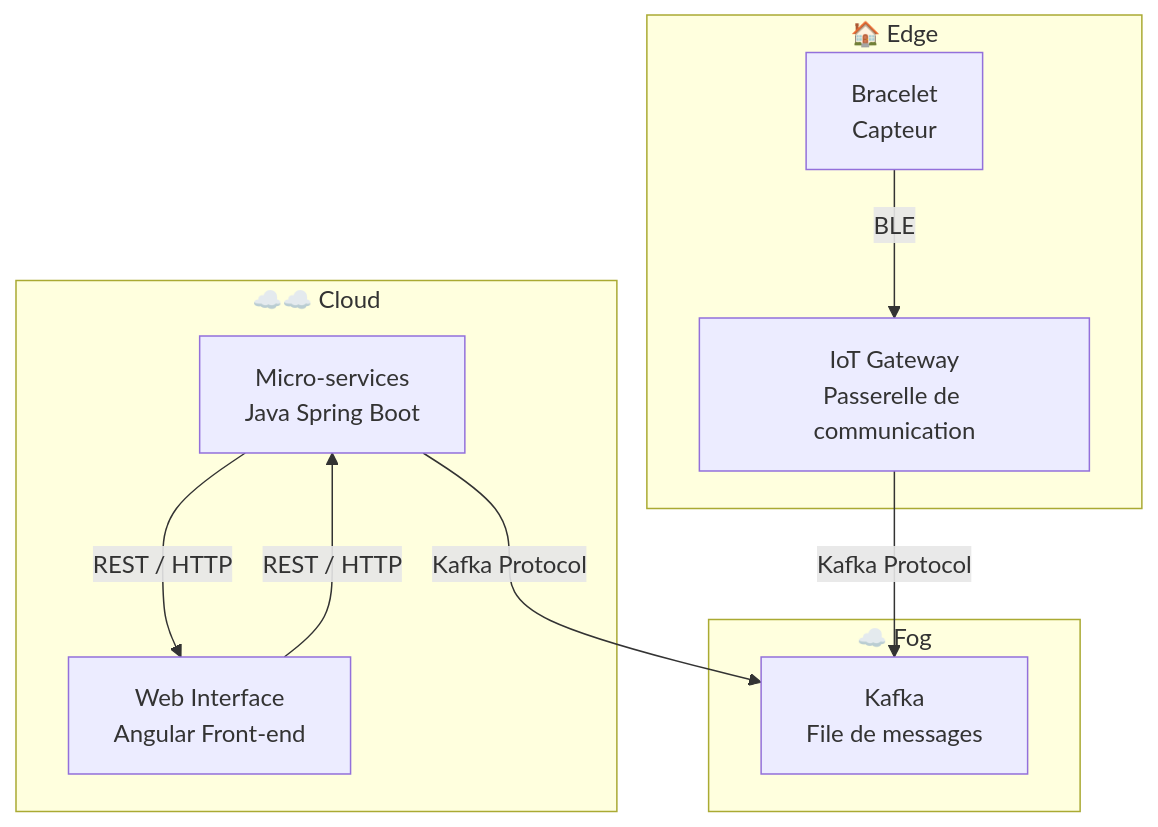
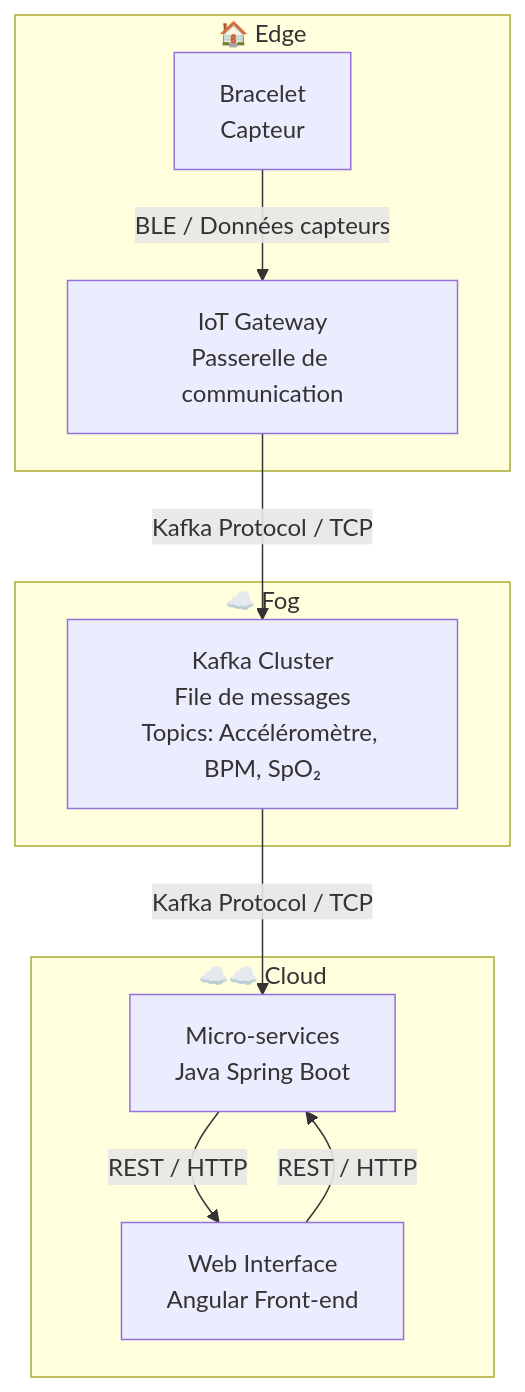
Before and after one commit to ErwanHeschung/AL-2025-2026: the first of 4 diagrams in docs/ARCHITECTURE.md, drawn with Mermaid.

````diff
--- a/docs/ARCHITECTURE.md
+++ b/docs/ARCHITECTURE.md
@@ -21,24 +21,24 @@
 ```mermaid
 graph TD
 
 subgraph Edge["🏠 Edge"]
     B[Bracelet<br/>Capteur]
     GW[IoT Gateway<br/>Passerelle de communication]
-    B -->|BLE| GW
+    B -->|BLE / Données capteurs| GW
 end
 
 subgraph Fog["☁️ Fog"]
-    K[Kafka<br/>File de messages]
-    GW -->|Kafka Protocol| K
+    K[Kafka Cluster<br/>File de messages<br/>Topics: Accéléromètre, BPM, SpO₂]
+    GW -->|Kafka Protocol / TCP| K
 end
 
 subgraph Cloud["☁️☁️ Cloud"]
     MS[Micro-services<br/>Java Spring Boot]
     UI[Web Interface<br/>Angular Front-end]
 
     MS -->|REST / HTTP| UI
 end
 
 UI -->|REST / HTTP| MS
-MS -->|Kafka Protocol| K
+K -->|Kafka Protocol / TCP| MS
 ```
````
